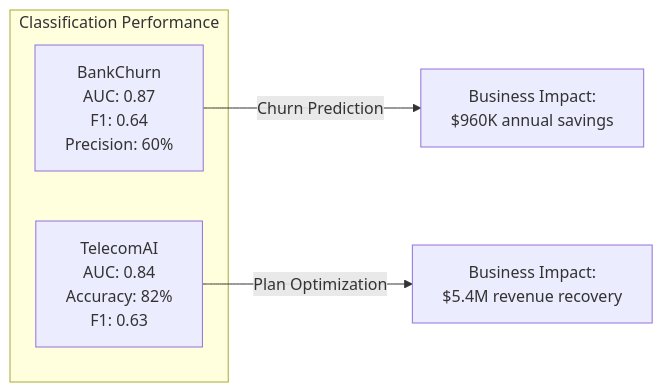
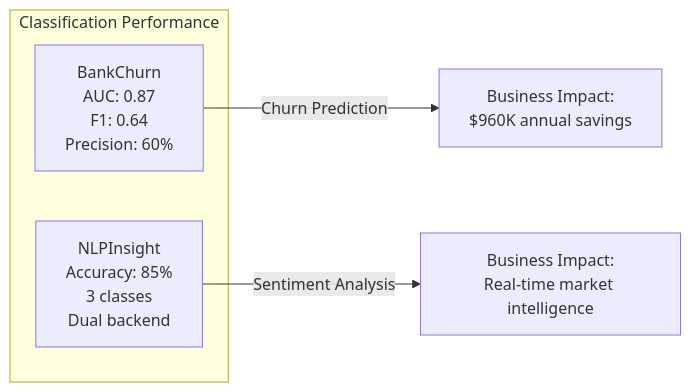
Before and after one commit to DuqueOM/ML-MLOps-Portfolio: the first of 2 diagrams in docs/projects/overview.md, drawn with Mermaid. The commit also changed other lines of this file and 20 other files, not shown here.

First line of the commit message:
docs: rename TelecomAI → NLPInsight across all documentation

````diff
--- a/docs/projects/overview.md
+++ b/docs/projects/overview.md
@@ -35,10 +36,10 @@
 ```mermaid
 graph LR
     subgraph "Classification Performance"
         BC["BankChurn<br/>AUC: 0.87<br/>F1: 0.64<br/>Precision: 60%"]
-        TC["TelecomAI<br/>AUC: 0.84<br/>Accuracy: 82%<br/>F1: 0.63"]
+        NLP["NLPInsight<br/>Accuracy: 85%<br/>3 classes<br/>Dual backend"]
     end
     
     BC -->|Churn Prediction| BU[Business Impact:<br/>$960K annual savings]
-    TC -->|Plan Optimization| TU[Business Impact:<br/>$5.4M revenue recovery]
+    NLP -->|Sentiment Analysis| TU[Business Impact:<br/>Real-time market intelligence]
 ```
````
